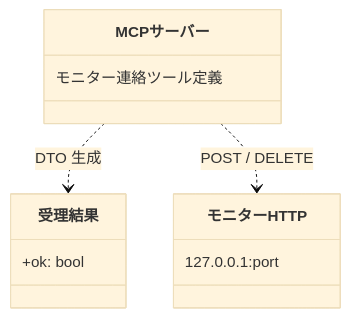
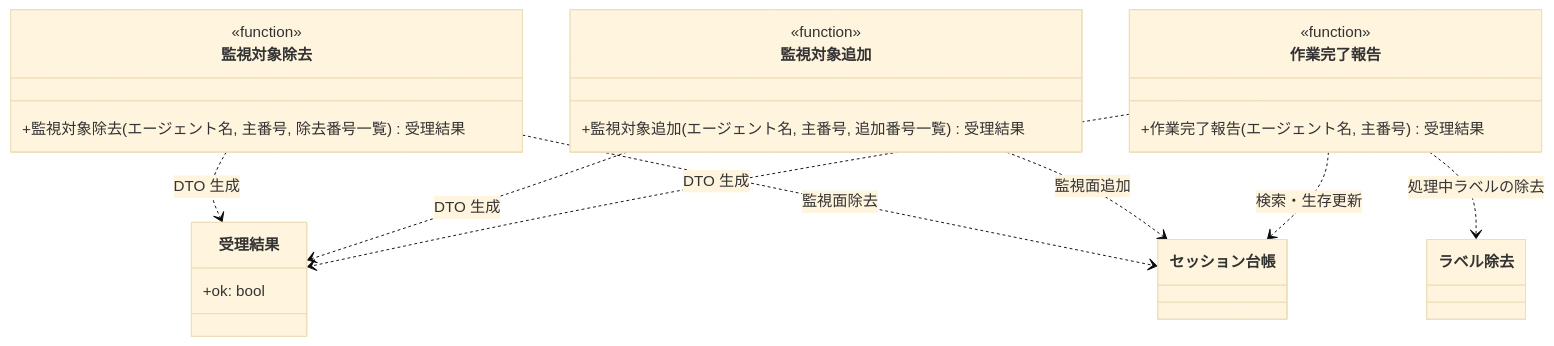
One commit to shuhei1101/ai-monitor changed the diagram in docs/wiki/設計図/モジュール構成/MCP/モニター連絡.py.md. Above: the diagram before and after it, drawn with Mermaid (base theme). The commit also changed other lines of this file and 67 other files, not shown here.

````diff
--- a/docs/wiki/設計図/モジュール構成/MCP/モニター連絡.py.md
+++ b/docs/wiki/設計図/モジュール構成/MCP/モニター連絡.py.md
@@ -32,18 +33,33 @@
 ```mermaid
 classDiagram
-  MCPサーバー ..> 受理結果 : DTO 生成
-  MCPサーバー ..> モニターHTTP : POST / DELETE
+  作業完了報告 ..> 受理結果 : DTO 生成
+  作業完了報告 ..> セッション台帳 : 検索・生存更新
+  作業完了報告 ..> ラベル除去 : 処理中ラベルの除去
+  監視対象追加 ..> 受理結果 : DTO 生成
+  監視対象追加 ..> セッション台帳 : 監視面追加
+  監視対象除去 ..> 受理結果 : DTO 生成
+  監視対象除去 ..> セッション台帳 : 監視面除去
 
-  class MCPサーバー {
-    モニター連絡ツール定義
-  }
   class 受理結果 {
     +ok: bool
   }
-  class モニターHTTP {
-    127.0.0.1:port
+  class 作業完了報告 {
+    <<function>>
+    +作業完了報告(エージェント名, 主番号) 受理結果
+  }
+  class 監視対象追加 {
+    <<function>>
+    +監視対象追加(エージェント名, 主番号, 追加番号一覧) 受理結果
+  }
+  class 監視対象除去 {
+    <<function>>
+    +監視対象除去(エージェント名, 主番号, 除去番号一覧) 受理結果
   }
 
-  click MCPサーバー href "#mcpserverpy"
   click 受理結果 href "#受理結果"
+  click 作業完了報告 href "#作業完了報告"
+  click 監視対象追加 href "#監視対象追加"
+  click 監視対象除去 href "#監視対象除去"
+  click セッション台帳 href "../モニター/エージェント管理.py.md#セッション台帳"
+  click ラベル除去 href "../モニター/GitHub連携.py.md#ラベル除去"
 ```
````
